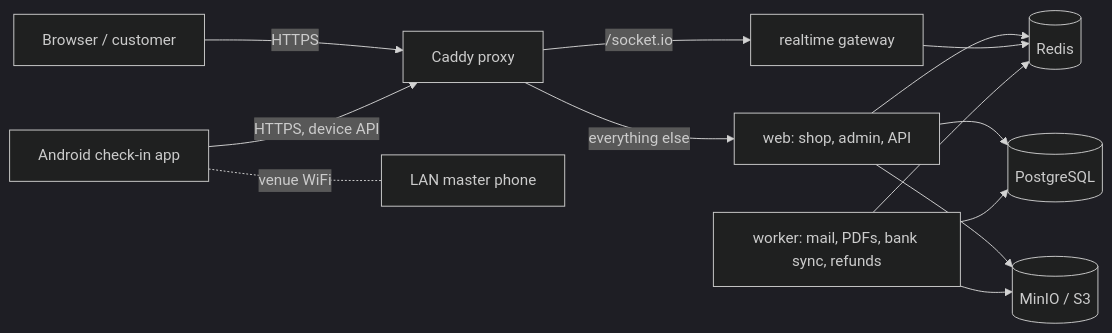
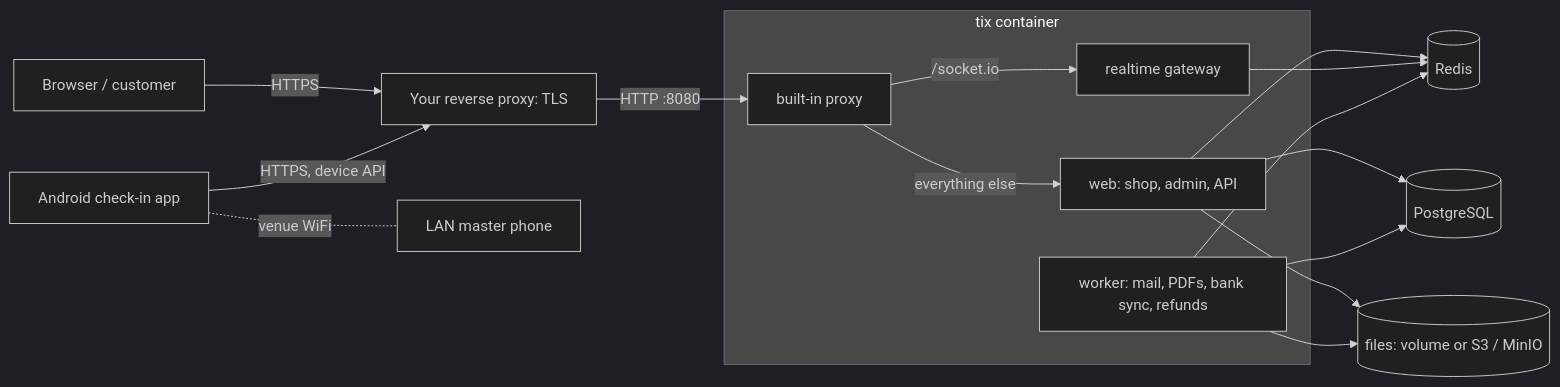
One commit to Renthner/tix-platform changed the diagram in README.md. Above: the diagram before and after it, drawn with Mermaid (dark theme). The commit also changed other lines of this file and 112 other files, not shown here.

````diff
--- a/README.md
+++ b/README.md
@@ -84,15 +84,19 @@
 ```mermaid
 flowchart LR
-  B[Browser / customer] -->|HTTPS| C[Caddy proxy]
-  A[Android check-in app] -->|HTTPS, device API| C
-  C -->|/socket.io| R[realtime gateway]
-  C -->|everything else| W[web: shop, admin, API]
+  B[Browser / customer] -->|HTTPS| T[Your reverse proxy: TLS]
+  A[Android check-in app] -->|HTTPS, device API| T
+  T -->|HTTP :8080| I
+  subgraph X[tix container]
+    I[built-in proxy] -->|/socket.io| R[realtime gateway]
+    I -->|everything else| W[web: shop, admin, API]
+    K[worker: mail, PDFs, bank sync, refunds]
+  end
   W --> P[(PostgreSQL)]
   W --> D[(Redis)]
-  W --> M[(MinIO / S3)]
+  W --> M[(files: volume or S3 / MinIO)]
   R --> D
-  K[worker: mail, PDFs, bank sync, refunds] --> P
+  K --> P
   K --> D
   K --> M
   A -.-|venue WiFi| L[LAN master phone]
 ```
````
